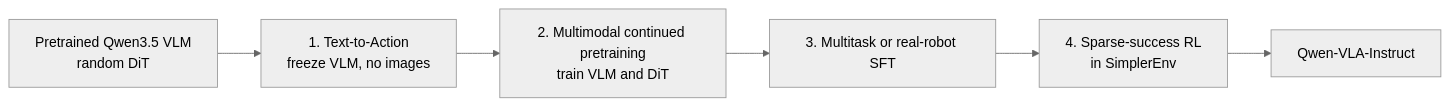
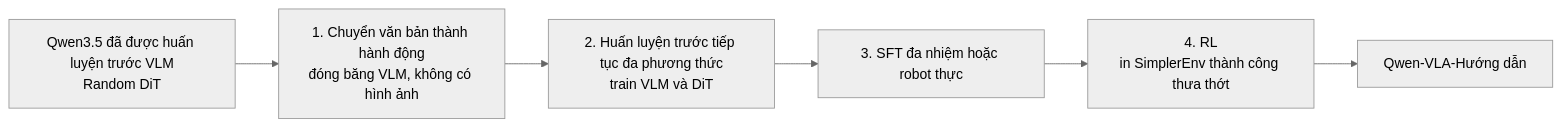
One commit to cycler04/VinRobotics-VLA changed the second of 2 diagrams in docs/research_finding/01-gwen/qwen_models/Qwen-VLA/qwen_vla.md. Above: the diagram before and after it, drawn with Mermaid (neutral theme). The commit also changed other lines of this file and 24 other files, not shown here.

````diff
--- a/docs/research_finding/01-gwen/qwen_models/Qwen-VLA/qwen_vla.md
+++ b/docs/research_finding/01-gwen/qwen_models/Qwen-VLA/qwen_vla.md
@@ -87,8 +87,8 @@
 ```mermaid
 flowchart LR
-    Q[Pretrained Qwen3.5 VLM<br/>random DiT] --> T[1. Text-to-Action<br/>freeze VLM, no images]
-    T --> C[2. Multimodal continued pretraining<br/>train VLM and DiT]
-    C --> S[3. Multitask or real-robot SFT]
-    S --> R[4. Sparse-success RL<br/>in SimplerEnv]
-    R --> O[Qwen-VLA-Instruct]
+    Q[Qwen3.5 đã được huấn luyện trước VLM<br/>Random DiT] --> T[1. Chuyển văn bản thành hành động<br/>đóng băng VLM, không có hình ảnh]
+    T --> C[2. Huấn luyện trước tiếp tục đa phương thức<br/>train VLM và DiT]
+    C --> S[3. SFT đa nhiệm hoặc robot thực]
+    S --> R[4. RL<br/>in SimplerEnv thành công thưa thớt]
+    R --> O[Qwen-VLA-Hướng dẫn]
 ```
````
